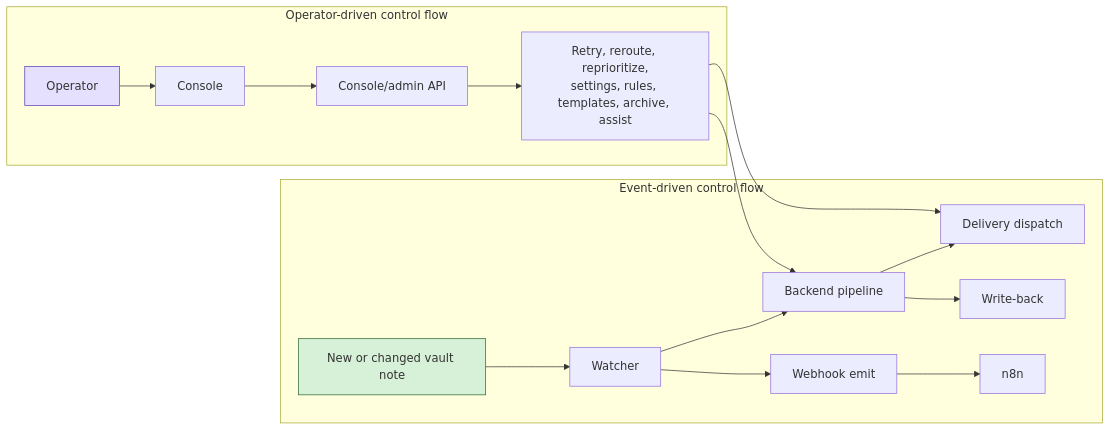
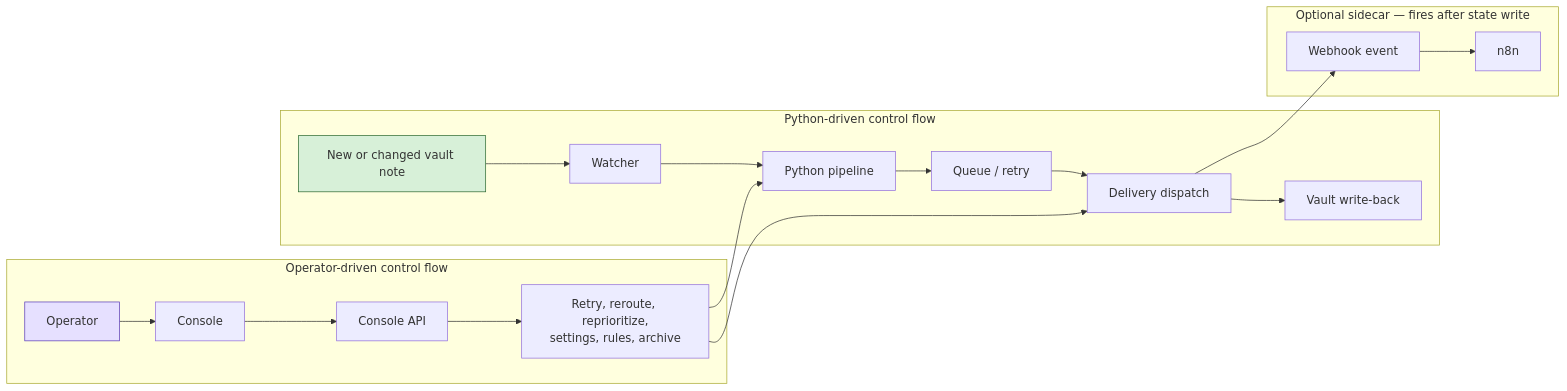
One commit to ngallodev-software/stt-n8n-promptbuilder changed the third of 9 diagrams in docs/promptforge-system-architecture.md. Above: the diagram before and after it, drawn with Mermaid. The commit also changed other lines of this file and 27 other files, not shown here.

````diff
--- a/docs/promptforge-system-architecture.md
+++ b/docs/promptforge-system-architecture.md
@@ -135,32 +121,33 @@
 ```mermaid
 flowchart LR
-  subgraph eventdriven[Event-driven control flow]
+  subgraph pythondriven[Python-driven control flow]
     note[New or changed vault note]
     watcher[Watcher]
-    pipeline[Backend pipeline]
+    pipeline[Python pipeline]
+    queue[Queue / retry]
     dispatch[Delivery dispatch]
-    writeback[Write-back]
-    hook[Webhook emit]
-    n8n[n8n]
+    writeback[Vault write-back]
   end
 
   subgraph operatordriven[Operator-driven control flow]
     op[Operator]
     console[Console]
-    api[Console/admin API]
-    mutate[Retry, reroute, reprioritize,<br/>settings, rules, templates, archive, assist]
+    api[Console API]
+    mutate[Retry, reroute, reprioritize,<br/>settings, rules, archive]
   end
 
-  note --> watcher
-  watcher --> pipeline
-  pipeline --> dispatch
-  pipeline --> writeback
-  watcher --> hook --> n8n
+  subgraph sidecar[Optional sidecar — fires after state write]
+    webhook[Webhook event]
+    n8n[n8n]
+  end
+
+  note --> watcher --> pipeline --> queue --> dispatch --> writeback
+  dispatch --> webhook --> n8n
 
   op --> console --> api --> mutate
   mutate --> pipeline
   mutate --> dispatch
 
   style note fill:#d7f0d8,stroke:#2d6a32
   style op fill:#e6e0ff,stroke:#5a3db8
 ```
````
